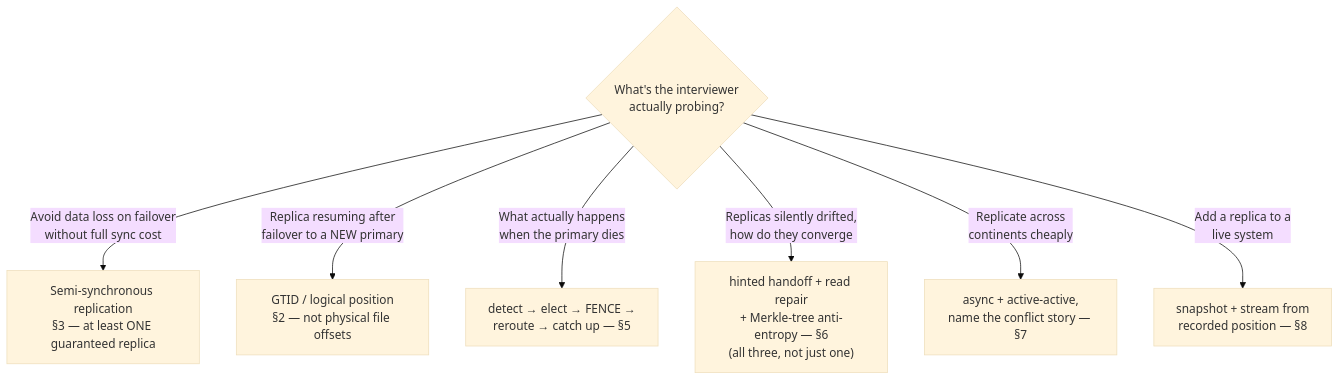
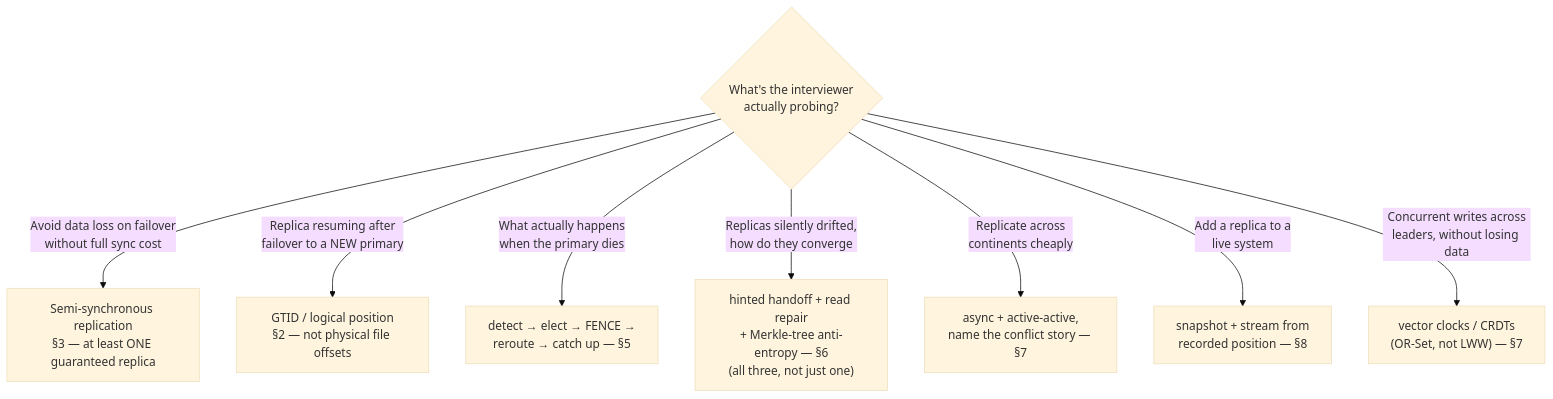
Before and after one commit to riyaz-pasha/Learnings: diagram 12 of 12 in system-design/HLD/0-course/9.6 Replication - Deep Dive.md, drawn with Mermaid (base theme). The commit also changed other lines of this file and 50 other files, not shown here.

````diff
--- a/system-design/HLD/0-course/9.6 Replication - Deep Dive.md
+++ b/system-design/HLD/0-course/9.6 Replication - Deep Dive.md
@@ -239,10 +335,11 @@
 ```mermaid
 flowchart TD
     Q{What's the interviewer<br/>actually probing?}
     Q -->|"Avoid data loss on failover<br/>without full sync cost"| A["Semi-synchronous replication<br/>§3 — at least ONE guaranteed replica"]
     Q -->|"Replica resuming after<br/>failover to a NEW primary"| B["GTID / logical position<br/>§2 — not physical file offsets"]
     Q -->|"What actually happens<br/>when the primary dies"| C["detect → elect → FENCE →<br/>reroute → catch up — §5"]
     Q -->|"Replicas silently drifted,<br/>how do they converge"| D["hinted handoff + read repair<br/>+ Merkle-tree anti-entropy — §6<br/>(all three, not just one)"]
     Q -->|"Replicate across<br/>continents cheaply"| E["async + active-active,<br/>name the conflict story — §7"]
     Q -->|"Add a replica to a<br/>live system"| F["snapshot + stream from<br/>recorded position — §8"]
+    Q -->|"Concurrent writes across<br/>leaders, without losing data"| G["vector clocks / CRDTs<br/>(OR-Set, not LWW) — §7"]
 ```
````
